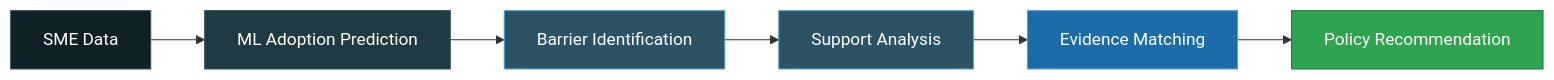
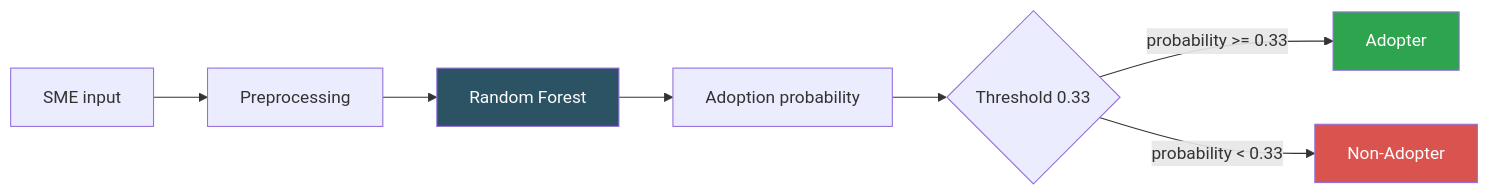
The first of 3 diagrams in README.md (iamkrishna27/SPARK), drawn with Mermaid before and after one commit. The commit also changed other lines of this file, not shown here.

````diff
--- a/README.md
+++ b/README.md
@@ -92,15 +173,13 @@
 ```mermaid
 flowchart LR
-    A[SME Data] --> B[ML Adoption Prediction]
-    B --> C[Barrier Identification]
-    C --> D[Support Analysis]
-    D --> E[Evidence Matching]
-    E --> F[Policy Recommendation]
+    A[SME input] --> B[Preprocessing]
+    B --> C[Random Forest]
+    C --> D[Adoption probability]
+    D --> E{"Threshold 0.33"}
+    E -->|"probability >= 0.33"| F[Adopter]
+    E -->|"probability < 0.33"| G[Non-Adopter]
 
-    style A fill:#0f2027,color:#fff,stroke:#2c5364
-    style B fill:#203a43,color:#fff,stroke:#2c5364
-    style C fill:#2c5364,color:#fff,stroke:#4fa3d1
-    style D fill:#2c5364,color:#fff,stroke:#4fa3d1
-    style E fill:#1b6ca8,color:#fff,stroke:#4fa3d1
-    style F fill:#2ea44f,color:#fff,stroke:#1b7f3b
+    style C fill:#2c5364,color:#fff
+    style F fill:#2ea44f,color:#fff
+    style G fill:#d9534f,color:#fff
 ```
````
